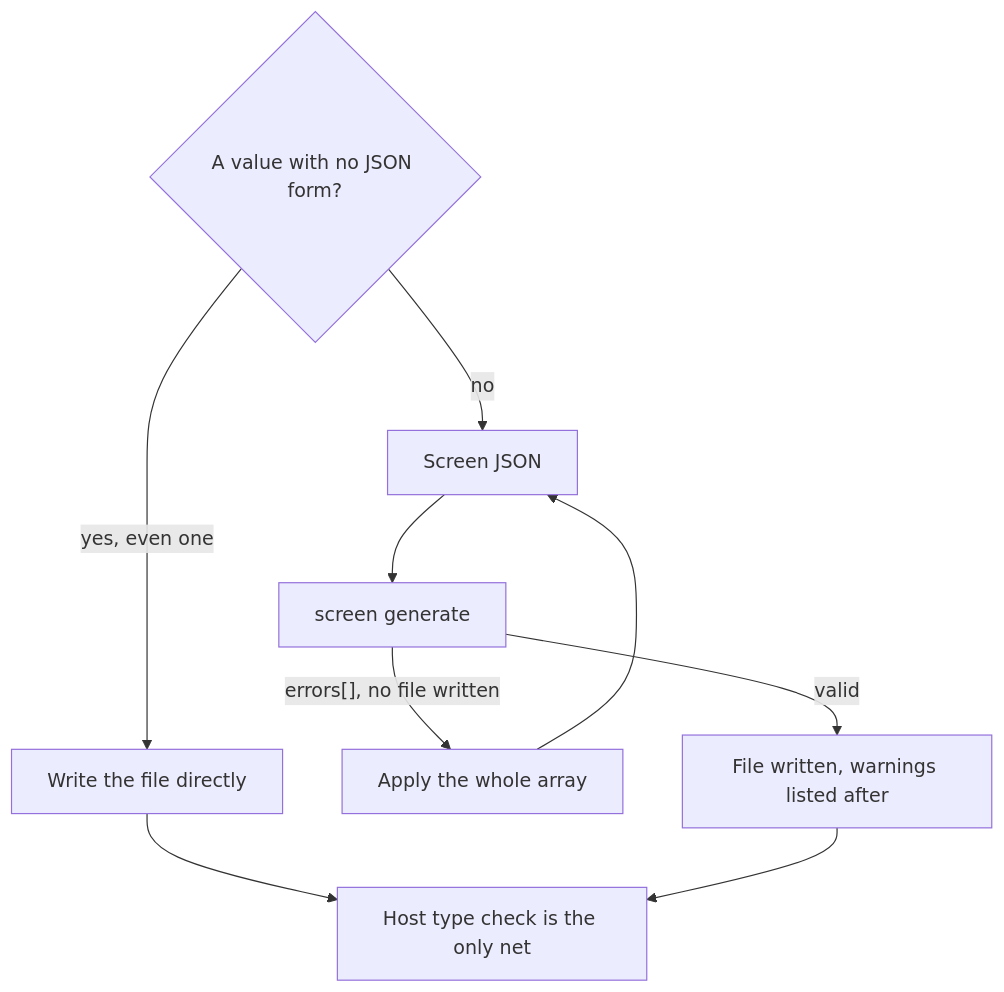
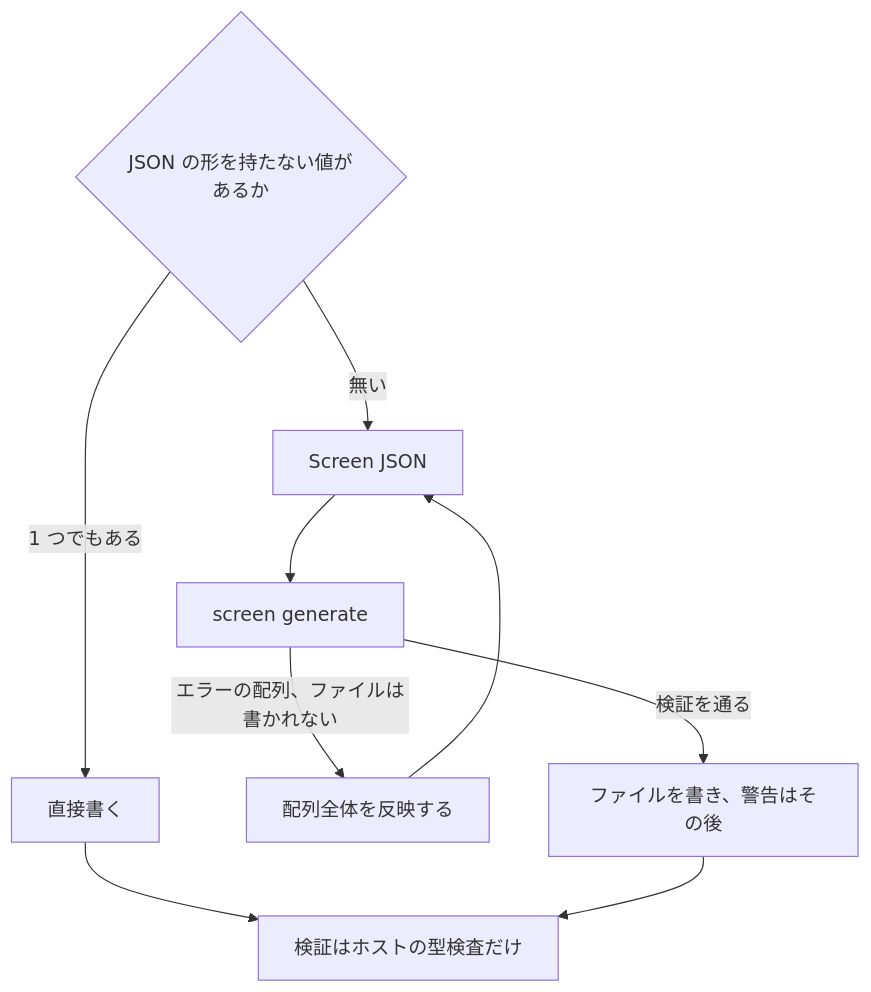
One commit to yosegi-dev/yosegi changed the second of 4 diagrams in docs/ja/workflows.md. Above: the diagram before and after it, drawn with Mermaid. The commit also changed other lines of this file and 6 other files, not shown here.

First line of the commit message:
docs: translate the diagram labels on the Japanese pages

````diff
--- a/docs/ja/workflows.md
+++ b/docs/ja/workflows.md
@@ -78,12 +78,12 @@
 ```mermaid
 flowchart TD
-  q{"A value with no JSON form?"}
-  q -->|"yes, even one"| direct["Write the file directly"]
-  q -->|"no"| sj["Screen JSON"]
-  direct --> tc["Host type check is the only net"]
+  q{"JSON の形を持たない値があるか"}
+  q -->|"1 つでもある"| direct["直接書く"]
+  q -->|"無い"| sj["Screen JSON"]
+  direct --> tc["検証はホストの型検査だけ"]
   sj --> gen["screen generate"]
-  gen -->|"errors[], no file written"| fix["Apply the whole array"]
+  gen -->|"エラーの配列、ファイルは書かれない"| fix["配列全体を反映する"]
   fix --> sj
-  gen -->|"valid"| out["File written, warnings listed after"]
+  gen -->|"検証を通る"| out["ファイルを書き、警告はその後"]
   out --> tc
 ```
````
